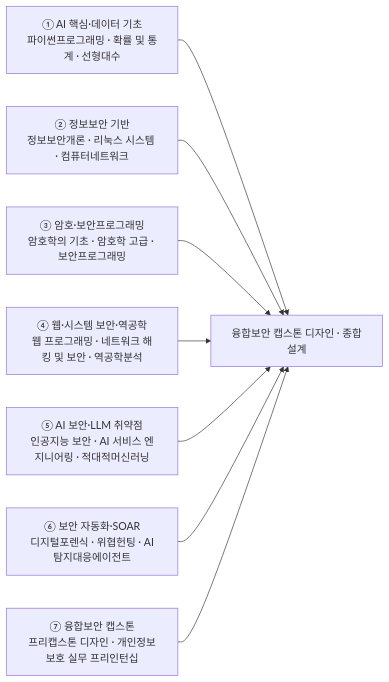
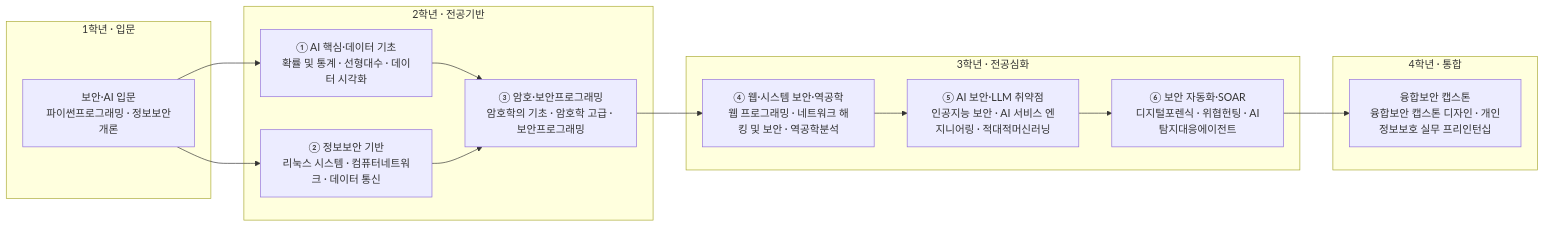
One commit to parclab-hsu/ai-curriculum-2026 changed the diagram in docs/ai/convergence-security.md. Above: the diagram before and after it, drawn with Mermaid. The commit also changed other lines of this file and 22 other files, not shown here.

First line of the commit message:
모듈 다이어그램 강화 — 1~4학년 로드맵 + 모듈-역량 매핑 (23개 트랙)

````diff
--- a/docs/ai/convergence-security.md
+++ b/docs/ai/convergence-security.md
@@ -159,11 +159,27 @@
 ```mermaid
 flowchart LR
-  M1["① AI 핵심·데이터 기초<br/>파이썬프로그래밍 · 확률 및 통계 · 선형대수"] --> CAP
-  M2["② 정보보안 기반<br/>정보보안개론 · 리눅스 시스템 · 컴퓨터네트워크"] --> CAP
-  M3["③ 암호·보안프로그래밍<br/>암호학의 기초 · 암호학 고급 · 보안프로그래밍"] --> CAP
-  M4["④ 웹·시스템 보안·역공학<br/>웹 프로그래밍 · 네트워크 해킹 및 보안 · 역공학분석"] --> CAP
-  M5["⑤ AI 보안·LLM 취약점<br/>인공지능 보안 · AI 서비스 엔지니어링 · 적대적머신러닝"] --> CAP
-  M6["⑥ 보안 자동화·SOAR<br/>디지털포렌식 · 위협헌팅 · AI탐지대응에이전트"] --> CAP
-  M7["⑦ 융합보안 캡스톤<br/>프리캡스톤 디자인 · 개인정보보호 실무 프리인턴십"] --> CAP
-  CAP["융합보안 캡스톤 디자인 · 종합설계"]
+  subgraph Y1["1학년 · 입문"]
+    A0["보안·AI 입문<br/>파이썬프로그래밍 · 정보보안개론"]
+  end
+  subgraph Y2["2학년 · 전공기반"]
+    M1["① AI 핵심·데이터 기초<br/>확률 및 통계 · 선형대수 · 데이터 시각화"]
+    M2["② 정보보안 기반<br/>리눅스 시스템 · 컴퓨터네트워크 · 데이터 통신"]
+    M3["③ 암호·보안프로그래밍<br/>암호학의 기초 · 암호학 고급 · 보안프로그래밍"]
+  end
+  subgraph Y3["3학년 · 전공심화"]
+    M4["④ 웹·시스템 보안·역공학<br/>웹 프로그래밍 · 네트워크 해킹 및 보안 · 역공학분석"]
+    M5["⑤ AI 보안·LLM 취약점<br/>인공지능 보안 · AI 서비스 엔지니어링 · 적대적머신러닝"]
+    M6["⑥ 보안 자동화·SOAR<br/>디지털포렌식 · 위협헌팅 · AI탐지대응에이전트"]
+  end
+  subgraph Y4["4학년 · 통합"]
+    CAP["융합보안 캡스톤<br/>융합보안 캡스톤 디자인 · 개인정보보호 실무 프리인턴십"]
+  end
+  A0 --> M1
+  A0 --> M2
+  M1 --> M3
+  M2 --> M3
+  M3 --> M4
+  M4 --> M5
+  M5 --> M6
+  M6 --> CAP
 ```
````
